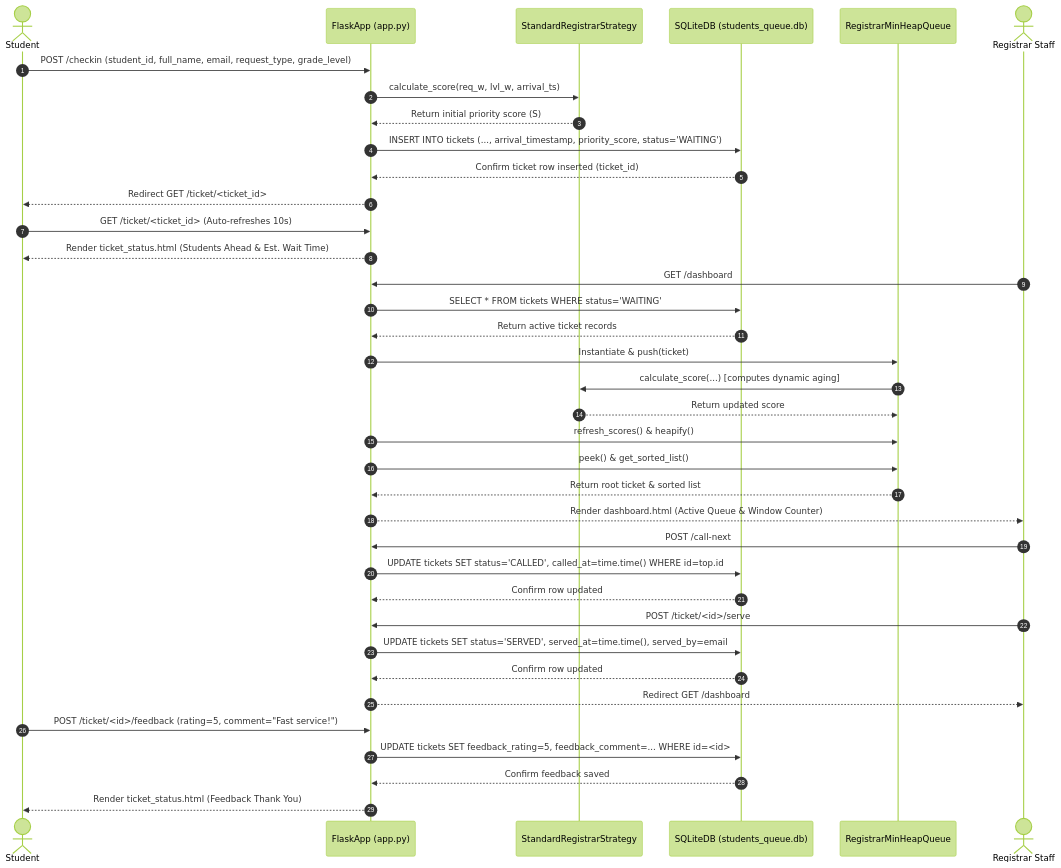
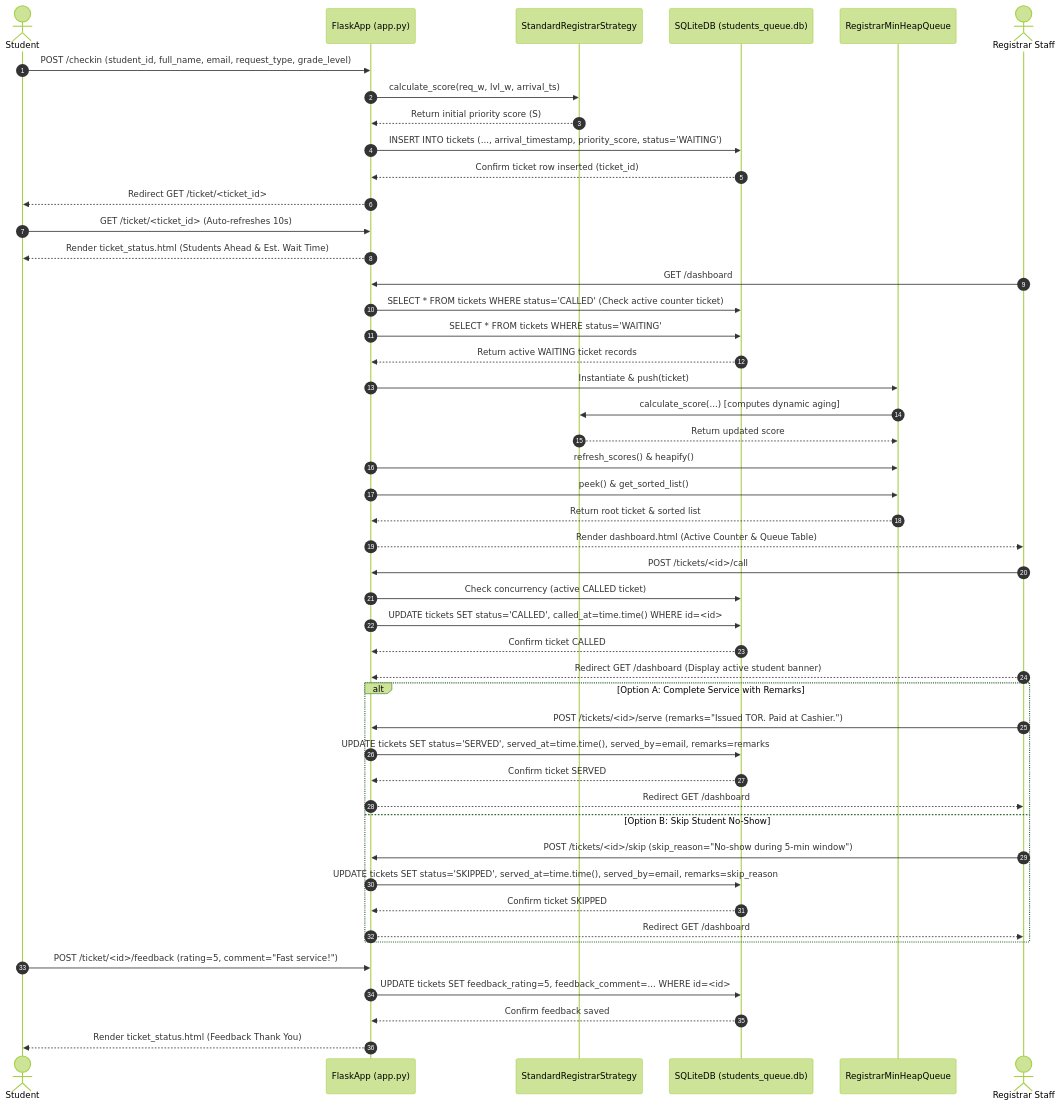
Before and after one commit to justinovate/cpe106l-4_finalproject: the fourth of 5 diagrams in PROPOSAL.md, drawn with Mermaid (forest theme). The commit also changed 3 other files, not shown here.

Commit message:
feat: separate student vs staff/admin profiles, sanitize sample data, and update PROPOSAL.md documentation

````diff
--- a/PROPOSAL.md
+++ b/PROPOSAL.md
@@ -270,47 +270,58 @@
 ```mermaid
 sequenceDiagram
     autonumber
     actor Student
     participant App as FlaskApp (app.py)
     participant Strategy as StandardRegistrarStrategy
     participant DB as SQLiteDB (students_queue.db)
     participant Heap as RegistrarMinHeapQueue
     actor Staff as Registrar Staff
 
     %% Student Check-In & Live Tracking Flow
     Student->>App: POST /checkin (student_id, full_name, email, request_type, grade_level)
     App->>Strategy: calculate_score(req_w, lvl_w, arrival_ts)
     Strategy-->>App: Return initial priority score (S)
     App->>DB: INSERT INTO tickets (..., arrival_timestamp, priority_score, status='WAITING')
     DB-->>App: Confirm ticket row inserted (ticket_id)
     App-->>Student: Redirect GET /ticket/<ticket_id>
     Student->>App: GET /ticket/<ticket_id> (Auto-refreshes 10s)
     App-->>Student: Render ticket_status.html (Students Ahead & Est. Wait Time)
 
-    %% Staff Queue Monitor & Call Flow
+    %% Staff Queue Monitor & Heap Engine Sync
     Staff->>App: GET /dashboard
+    App->>DB: SELECT * FROM tickets WHERE status='CALLED' (Check active counter ticket)
     App->>DB: SELECT * FROM tickets WHERE status='WAITING'
-    DB-->>App: Return active ticket records
+    DB-->>App: Return active WAITING ticket records
     App->>Heap: Instantiate & push(ticket)
     Heap->>Strategy: calculate_score(...) [computes dynamic aging]
     Strategy-->>Heap: Return updated score
     App->>Heap: refresh_scores() & heapify()
     App->>Heap: peek() & get_sorted_list()
     Heap-->>App: Return root ticket & sorted list
-    App-->>Staff: Render dashboard.html (Active Queue & Window Counter)
+    App-->>Staff: Render dashboard.html (Active Counter & Queue Table)
 
-    %% Call & Serve Ticket Flow
-    Staff->>App: POST /call-next
-    App->>DB: UPDATE tickets SET status='CALLED', called_at=time.time() WHERE id=top.id
-    DB-->>App: Confirm row updated
-    Staff->>App: POST /ticket/<id>/serve
-    App->>DB: UPDATE tickets SET status='SERVED', served_at=time.time(), served_by=email
-    DB-->>App: Confirm row updated
-    App-->>Staff: Redirect GET /dashboard
+    %% Decoupled Call, Serve, and Skip Actions
+    Staff->>App: POST /tickets/<id>/call
+    App->>DB: Check concurrency (active CALLED ticket)
+    App->>DB: UPDATE tickets SET status='CALLED', called_at=time.time() WHERE id=<id>
+    DB-->>App: Confirm ticket CALLED
+    Staff-->>App: Redirect GET /dashboard (Display active student banner)
+
+    alt Option A: Complete Service with Remarks
+        Staff->>App: POST /tickets/<id>/serve (remarks="Issued TOR. Paid at Cashier.")
+        App->>DB: UPDATE tickets SET status='SERVED', served_at=time.time(), served_by=email, remarks=remarks
+        DB-->>App: Confirm ticket SERVED
+        App-->>Staff: Redirect GET /dashboard
+    else Option B: Skip Student No-Show
+        Staff->>App: POST /tickets/<id>/skip (skip_reason="No-show during 5-min window")
+        App->>DB: UPDATE tickets SET status='SKIPPED', served_at=time.time(), served_by=email, remarks=skip_reason
+        DB-->>App: Confirm ticket SKIPPED
+        App-->>Staff: Redirect GET /dashboard
+    end
 
     %% Student Feedback Submission
     Student->>App: POST /ticket/<id>/feedback (rating=5, comment="Fast service!")
     App->>DB: UPDATE tickets SET feedback_rating=5, feedback_comment=... WHERE id=<id>
     DB-->>App: Confirm feedback saved
     App-->>Student: Render ticket_status.html (Feedback Thank You)
 ```
````
